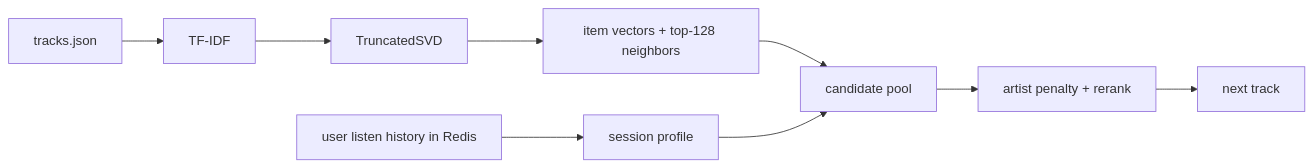
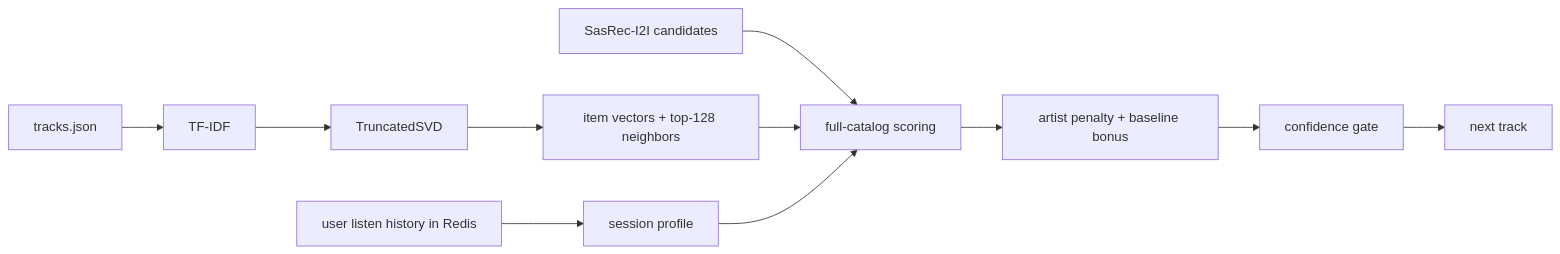
The diagram in report.md (anokhin/recsys-course-spring-2026), drawn with Mermaid before and after one commit. The commit also changed other lines of this file and 5 other files, not shown here.

````diff
--- a/report.md
+++ b/report.md
@@ -11,11 +11,13 @@
 ```mermaid
 flowchart LR
     A[tracks.json] --> B[TF-IDF]
     B --> C[TruncatedSVD]
     C --> D[item vectors + top-128 neighbors]
     E[user listen history in Redis] --> F[session profile]
-    D --> G[candidate pool]
+    H[SasRec-I2I candidates] --> G[full-catalog scoring]
+    D --> G[full-catalog scoring]
     F --> G
-    G --> H[artist penalty + rerank]
-    H --> I[next track]
+    G --> I[artist penalty + baseline bonus]
+    I --> K[confidence gate]
+    K --> J[next track]
 ```
````
